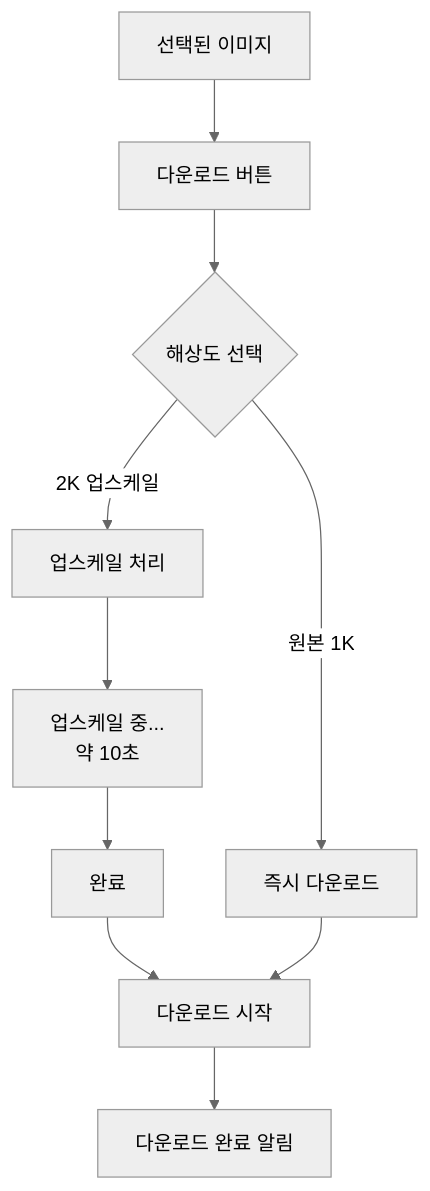
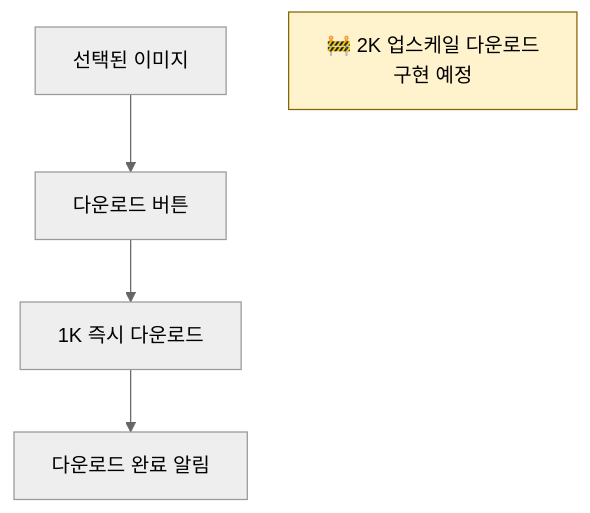
Before and after one commit to sangwopark19/icons-ai-mockup: the eighth of 11 diagrams in docs/USER_JOURNEY.md, drawn with Mermaid (neutral theme). The commit also changed other lines of this file and 7 other files, not shown here.

````diff
--- a/docs/USER_JOURNEY.md
+++ b/docs/USER_JOURNEY.md
@@ -378,15 +402,10 @@
 ```mermaid
 flowchart TB
     Image[선택된 이미지] --> DownloadBtn[다운로드 버튼]
-    DownloadBtn --> Options{해상도 선택}
-    
-    Options -->|원본 1K| Direct[즉시 다운로드]
-    Options -->|2K 업스케일| Upscale[업스케일 처리]
-    
-    Upscale --> Loading[업스케일 중...<br/>약 10초]
-    Loading --> Ready[완료]
-    Ready --> Download[다운로드 시작]
-    
-    Direct --> Download
-    Download --> Complete[다운로드 완료 알림]
+    DownloadBtn --> Direct[1K 즉시 다운로드]
+    Direct --> Complete[다운로드 완료 알림]
+
+    Note[🚧 2K 업스케일 다운로드<br/>구현 예정]
+
+    style Note fill:#fff3cd,stroke:#856404
 ```
````
